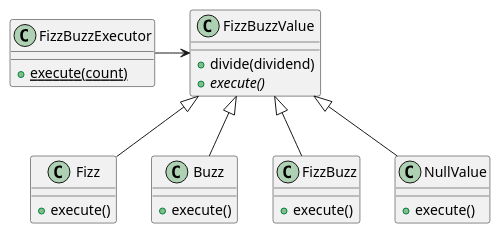
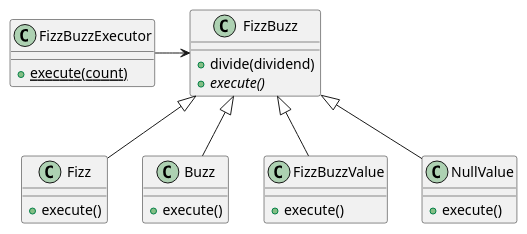
The first of 5 diagrams in docs/dev/_fizz_buzz.md (k2works/etude_for_ruby), drawn with PlantUML before and after one commit. The commit also changed other lines of this file and 8 other files, not shown here.

````diff
--- a/docs/dev/_fizz_buzz.md
+++ b/docs/dev/_fizz_buzz.md
@@ -37,28 +37,28 @@
 ```puml
 @startuml
 class FizzBuzzExecutor {
   +{static}execute(count)  
 }
-class FizzBuzzValue {
+class FizzBuzz {
   +divide(dividend)
   +{abstract}execute()
 }
 class Fizz {
   +execute()
 }
 class Buzz {
   +execute()
 }
-class FizzBuzz {
+class FizzBuzzValue {
   +execute()
 }
 class NullValue {
   +execute()
 }
-FizzBuzzExecutor -> FizzBuzzValue
-FizzBuzzValue <|-- Fizz
-FizzBuzzValue <|-- Buzz
-FizzBuzzValue <|-- FizzBuzz
-FizzBuzzValue <|-- NullValue
+FizzBuzzExecutor -> FizzBuzz
+FizzBuzz <|-- Fizz
+FizzBuzz <|-- Buzz
+FizzBuzz <|-- FizzBuzzValue
+FizzBuzz <|-- NullValue
 @enduml
 ```
````
